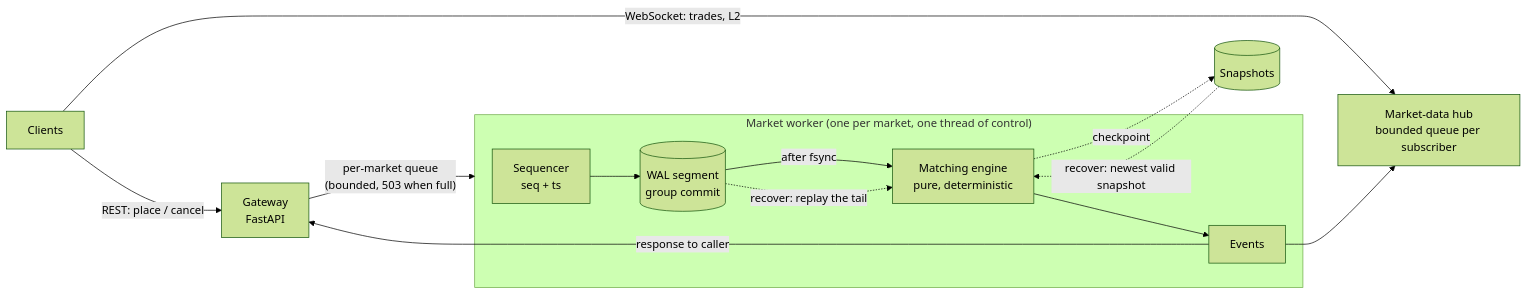
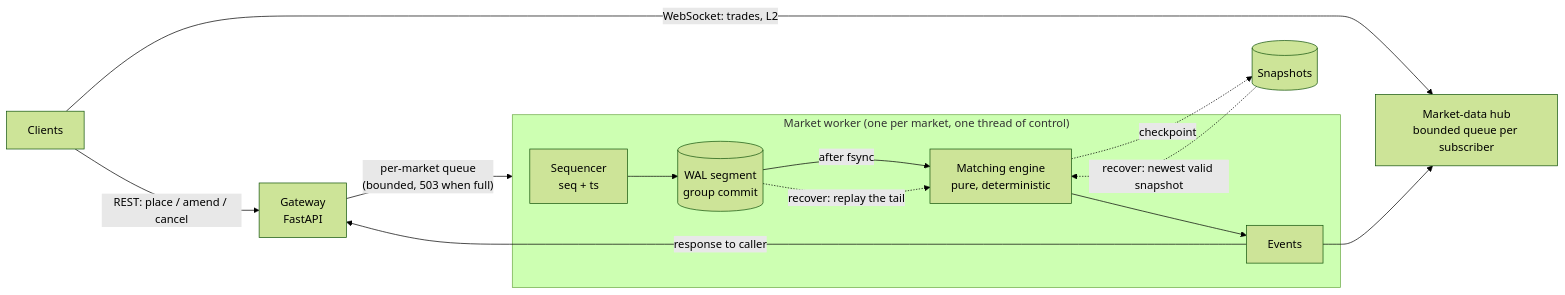
Before and after one commit to CtrlAltDevelop/matching-engine: the first of 2 diagrams in README.md, drawn with Mermaid (forest theme). The commit also changed other lines of this file and 4 other files, not shown here.

````diff
--- a/README.md
+++ b/README.md
@@ -33,18 +33,18 @@
 ```mermaid
 flowchart LR
-    C[Clients] -- "REST: place / cancel" --> G[Gateway<br/>FastAPI]
+    C[Clients] -- "REST: place / amend / cancel" --> G[Gateway<br/>FastAPI]
     C <-- "WebSocket: trades, L2" --- MD
     G -- "per-market queue<br/>(bounded, 503 when full)" --> W
 
     subgraph W["Market worker (one per market, one thread of control)"]
         S[Sequencer<br/>seq + ts] --> J[(WAL segment<br/>group commit)]
         J -- "after fsync" --> E[Matching engine<br/>pure, deterministic]
         E --> EV[Events]
     end
 
     EV -- "response to caller" --> G
     EV --> MD[Market-data hub<br/>bounded queue per subscriber]
     E -. "checkpoint" .-> SN[(Snapshots)]
     SN -. "recover: newest valid snapshot" .-> E
     J -. "recover: replay the tail" .-> E
 ```
````
